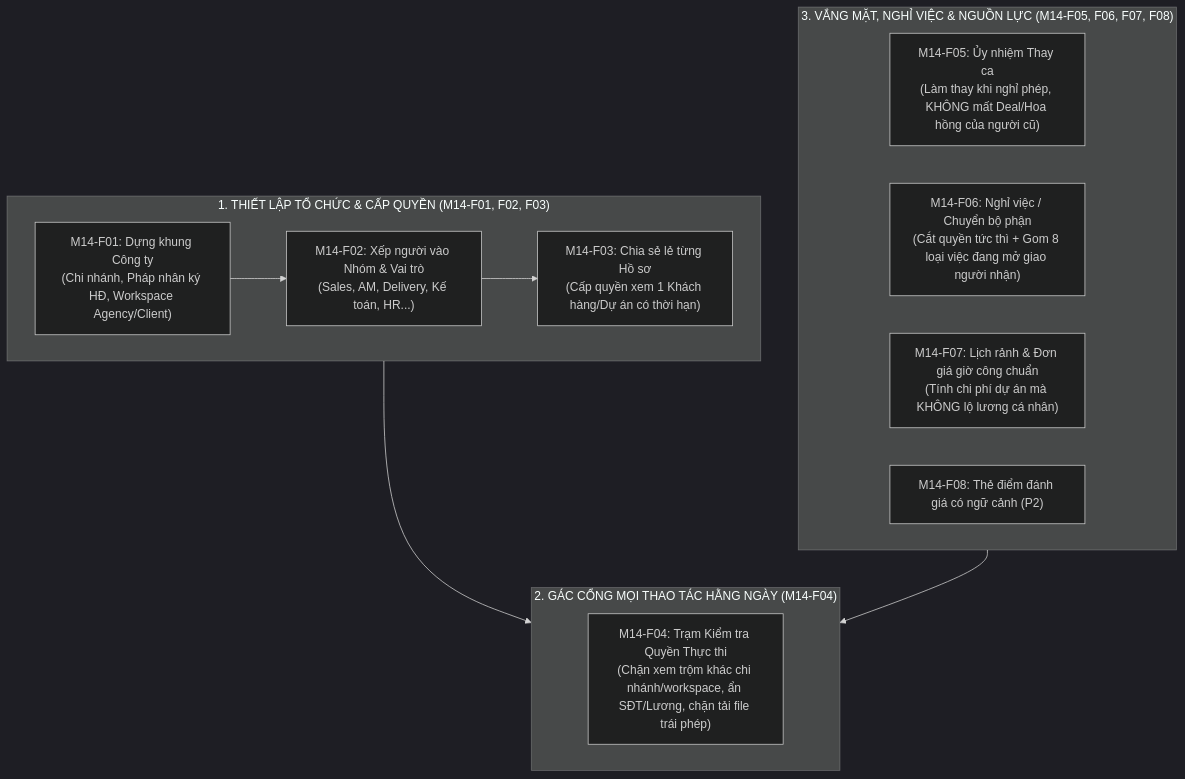
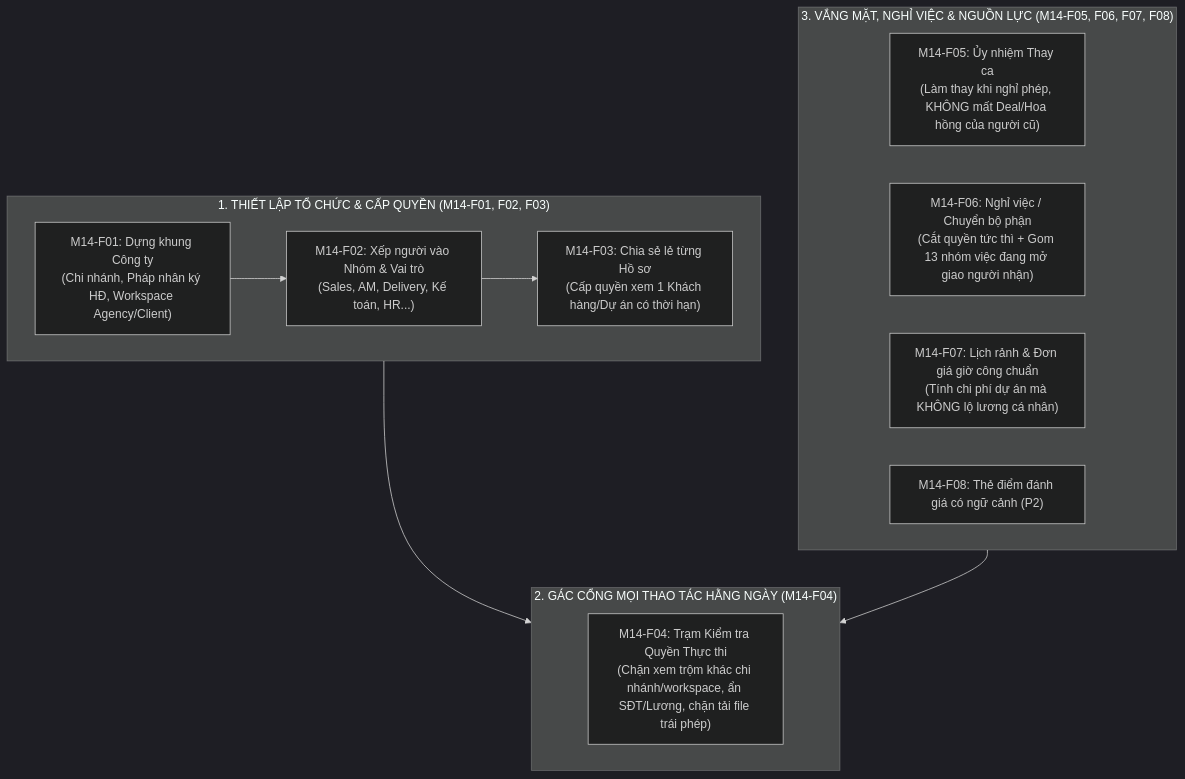
The first of 5 diagrams in 02-specs/modules/M14-ORG-ACCESS-DELEGATION.md (thuanmartech-dotcom/crm-marketing), drawn with Mermaid (dark theme) before and after one commit. The commit also changed other lines of this file and 48 other files, not shown here.

````diff
--- a/02-specs/modules/M14-ORG-ACCESS-DELEGATION.md
+++ b/02-specs/modules/M14-ORG-ACCESS-DELEGATION.md
@@ -105,23 +105,23 @@
 ```mermaid
 flowchart TD
     subgraph Setup["1. THIẾT LẬP TỔ CHỨC & CẤP QUYỀN (M14-F01, F02, F03)"]
         F01["M14-F01: Dựng khung Công ty<br/>(Chi nhánh, Pháp nhân ký HĐ, Workspace Agency/Client)"]
         F02["M14-F02: Xếp người vào Nhóm & Vai trò<br/>(Sales, AM, Delivery, Kế toán, HR...)"]
         F03["M14-F03: Chia sẻ lẻ từng Hồ sơ<br/>(Cấp quyền xem 1 Khách hàng/Dự án có thời hạn)"]
         F01 --> F02 --> F03
     end
 
     subgraph Runtime["2. GÁC CỔNG MỌI THAO TÁC HẰNG NGÀY (M14-F04)"]
         F04["M14-F04: Trạm Kiểm tra Quyền Thực thi<br/>(Chặn xem trộm khác chi nhánh/workspace, ẩn SĐT/Lương, chặn tải file trái phép)"]
     end
 
     subgraph Handover["3. VẮNG MẶT, NGHỈ VIỆC & NGUỒN LỰC (M14-F05, F06, F07, F08)"]
         F05["M14-F05: Ủy nhiệm Thay ca<br/>(Làm thay khi nghỉ phép, KHÔNG mất Deal/Hoa hồng của người cũ)"]
-        F06["M14-F06: Nghỉ việc / Chuyển bộ phận<br/>(Cắt quyền tức thì + Gom 8 loại việc đang mở giao người nhận)"]
+        F06["M14-F06: Nghỉ việc / Chuyển bộ phận<br/>(Cắt quyền tức thì + Gom 13 nhóm việc đang mở giao người nhận)"]
         F07["M14-F07: Lịch rảnh & Đơn giá giờ công chuẩn<br/>(Tính chi phí dự án mà KHÔNG lộ lương cá nhân)"]
         F08["M14-F08: Thẻ điểm đánh giá có ngữ cảnh (P2)"]
     end
 
     Setup --> Runtime
     Handover --> Runtime
 ```
````
